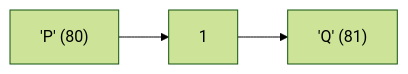
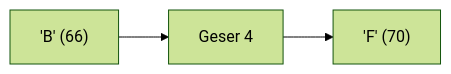
One commit to amnahwaida/OSNK_INF_PREP changed diagram 14 of 25 in part-c-pemahaman-cpp/01-tipe-data/latihan/set-08.md. Above: the diagram before and after it, drawn with Mermaid (forest theme). The commit also changed other lines of this file and 71 other files, not shown here.

````diff
--- a/part-c-pemahaman-cpp/01-tipe-data/latihan/set-08.md
+++ b/part-c-pemahaman-cpp/01-tipe-data/latihan/set-08.md
@@ -349,5 +394,5 @@
 ```mermaid
 graph LR
-A["'P' (80)"] --> B["1"]
-B --> C["'Q' (81)"]
+A["'B' (66)"] --> B["Geser 4"]
+B --> C["'F' (70)"]
 ```
````
